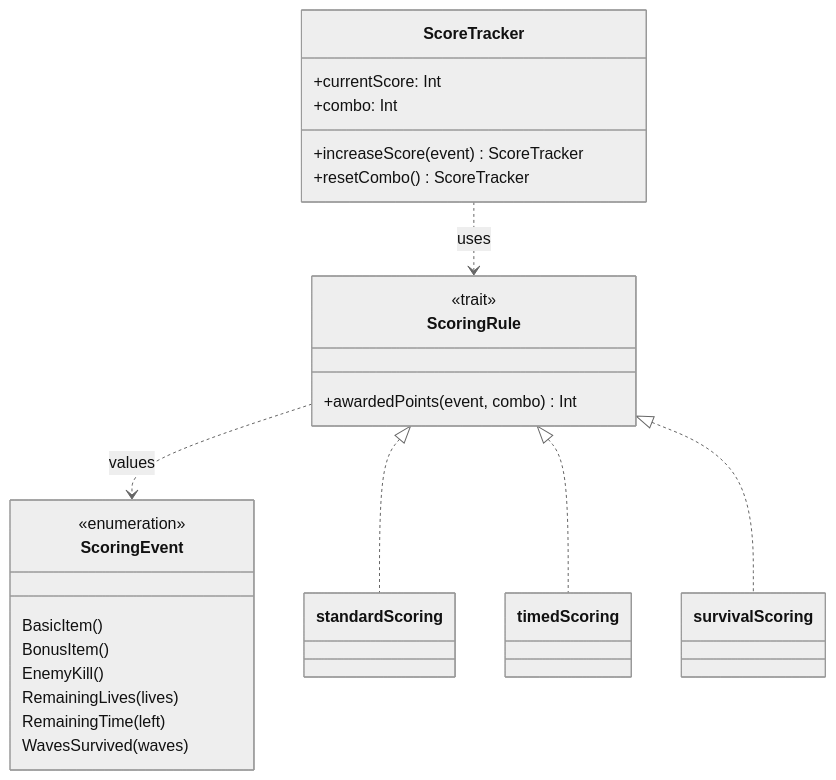
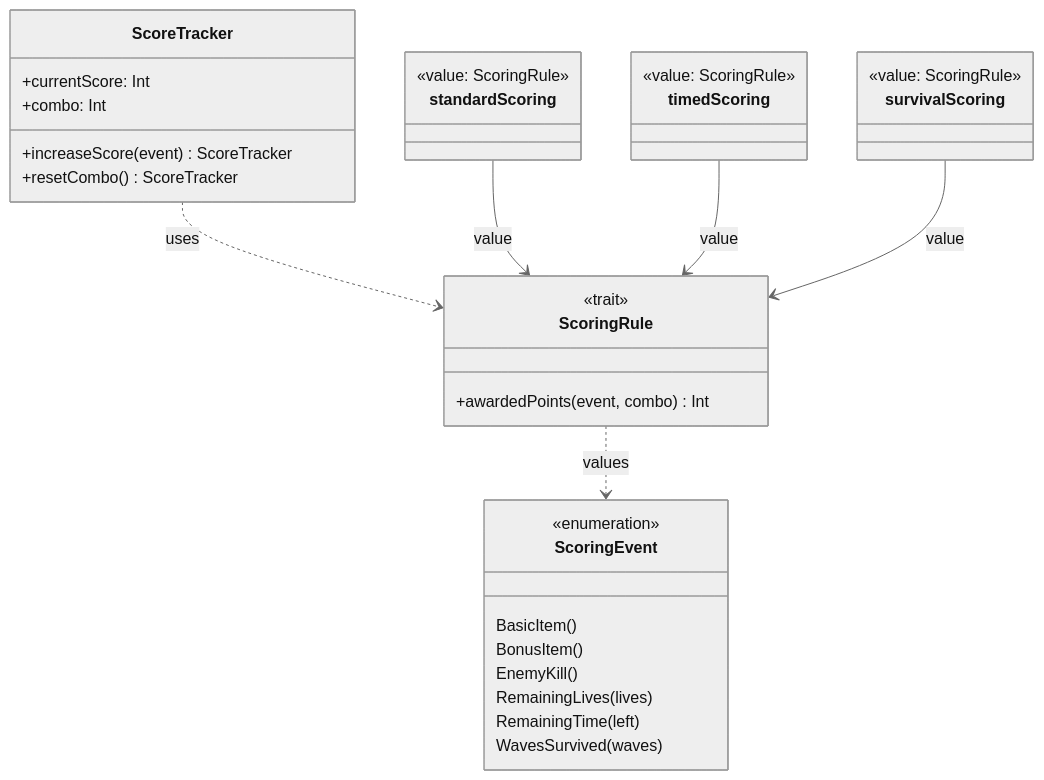
One commit to PPS-25/PPS-25-scala-man changed the diagram in docs/uml/ScoringDiagram.mmd. Above: the diagram before and after it, drawn with Mermaid. The commit also changed 9 other files, not shown here.

```diff
--- a/docs/uml/ScoringDiagram.mmd
+++ b/docs/uml/ScoringDiagram.mmd
@@ -1,40 +1,46 @@
 %%{init: {
   "theme": "neutral",
   "class": {
     "htmlLabels": false
   }
 }}%%
   classDiagram
   direction TB
 
   class ScoreTracker {
     +currentScore: Int
     +combo: Int
     +increaseScore(event) ScoreTracker
     +resetCombo() ScoreTracker
   }
 
   class ScoringRule {
     <<trait>>
     +awardedPoints(event, combo) Int
   }
 
   class ScoringEvent {
     <<enumeration>>
     BasicItem()
     BonusItem()
     EnemyKill()
     RemainingLives(lives)
     RemainingTime(left)
     WavesSurvived(waves)
   }
 
-  class standardScoring
-  class timedScoring
-  class survivalScoring
+  class standardScoring {
+    <<value: ScoringRule>>
+  }
+  class timedScoring {
+    <<value: ScoringRule>>
+  }
+  class survivalScoring {
+    <<value: ScoringRule>>
+  }
 
   ScoreTracker ..> ScoringRule : uses
   ScoringRule ..> ScoringEvent : values
-  ScoringRule <|.. standardScoring
-  ScoringRule <|.. timedScoring
-  ScoringRule <|.. survivalScoring
+  standardScoring --> ScoringRule : value
+  timedScoring --> ScoringRule : value
+  survivalScoring --> ScoringRule : value
```
